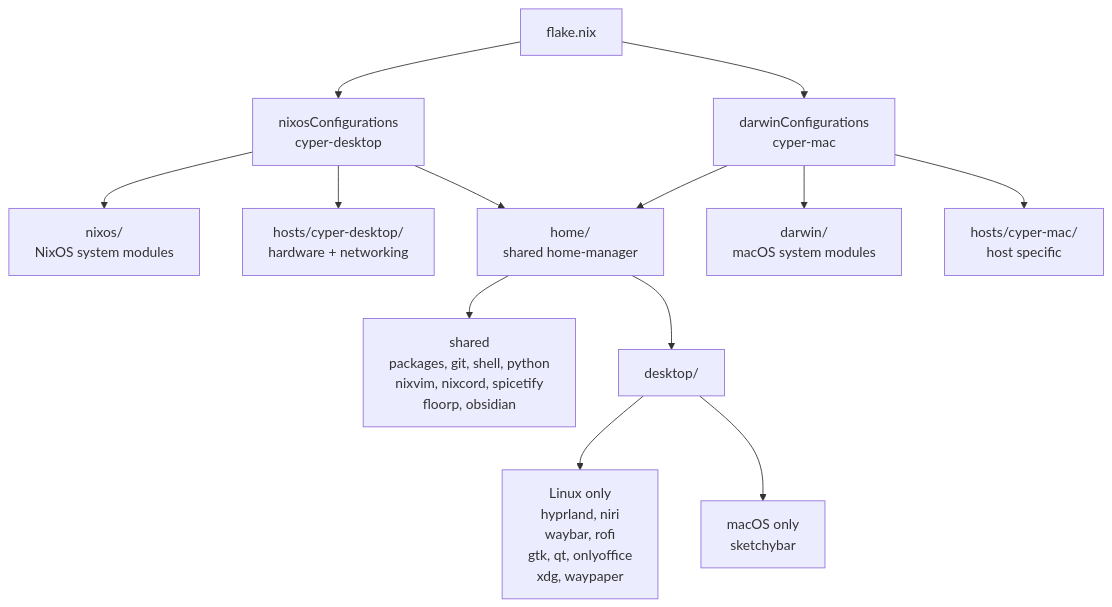
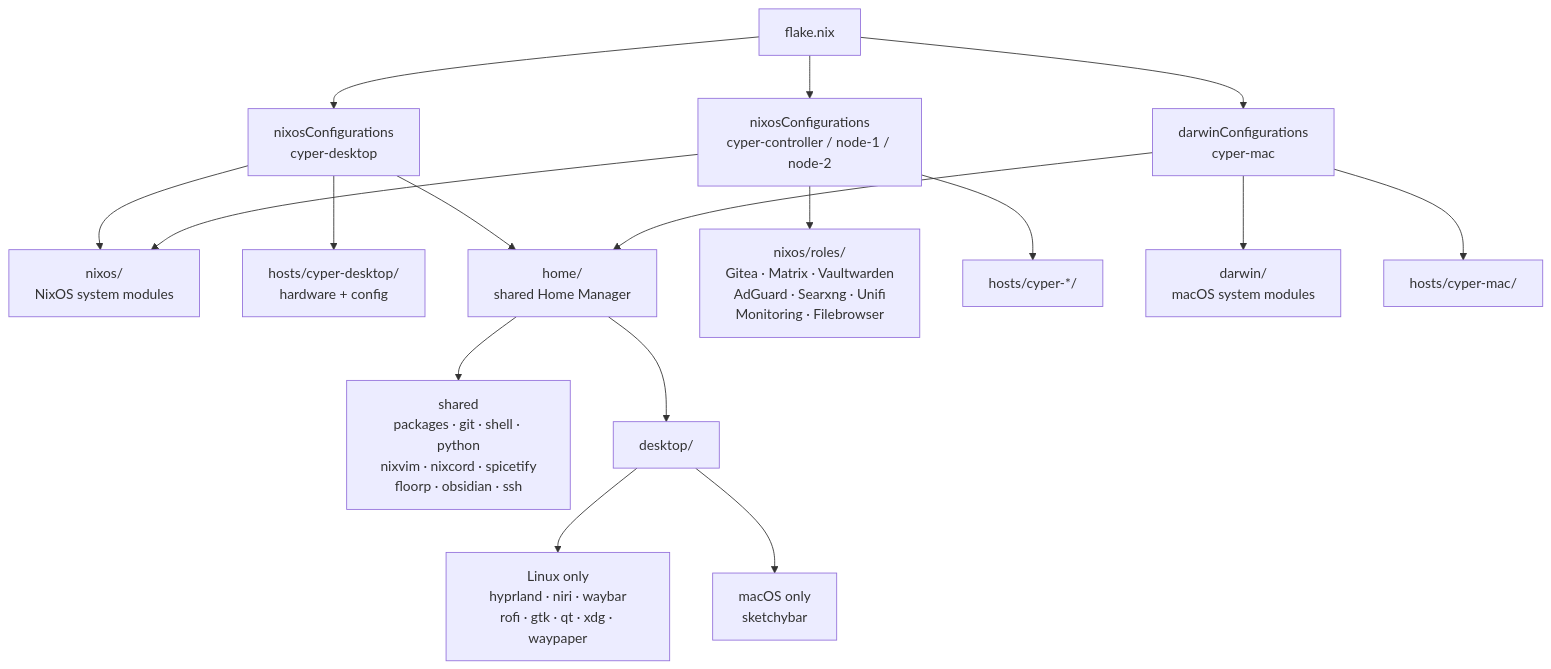
Before and after one commit to DerGrumpf/cyper-nix: the diagram in README.md, drawn with Mermaid. The commit also changed other lines of this file and 1 other file, not shown here.

````diff
--- a/README.md
+++ b/README.md
@@ -55,19 +77,23 @@
 ```mermaid
 graph TD
     flake[flake.nix] --> desktop[nixosConfigurations<br/>cyper-desktop]
+    flake --> servers[nixosConfigurations<br/>cyper-controller / node-1 / node-2]
     flake --> mac[darwinConfigurations<br/>cyper-mac]
 
     desktop --> nixos[nixos/<br/>NixOS system modules]
-    desktop --> hd[hosts/cyper-desktop/<br/>hardware + networking]
-    desktop --> home[home/<br/>shared home-manager]
+    desktop --> hd[hosts/cyper-desktop/<br/>hardware + config]
+    desktop --> home[home/<br/>shared Home Manager]
+
+    servers --> nixos
+    servers --> roles[nixos/roles/<br/>Gitea · Matrix · Vaultwarden<br/>AdGuard · Searxng · Unifi<br/>Monitoring · Filebrowser]
+    servers --> hc[hosts/cyper-*/]
 
     mac --> darwin[darwin/<br/>macOS system modules]
-    mac --> hm[hosts/cyper-mac/<br/>host specific]
+    mac --> hm[hosts/cyper-mac/]
     mac --> home
 
-    home --> shared[shared<br/>packages, git, shell, python<br/>nixvim, nixcord, spicetify<br/>floorp, obsidian]
+    home --> shared[shared<br/>packages · git · shell · python<br/>nixvim · nixcord · spicetify<br/>floorp · obsidian · ssh]
     home --> deskmod[desktop/]
-
-    deskmod --> dlinux[Linux only<br/>hyprland, niri<br/>waybar, rofi<br/>gtk, qt, onlyoffice<br/>xdg, waypaper]
+    deskmod --> dlinux[Linux only<br/>hyprland · niri · waybar<br/>rofi · gtk · qt · xdg · waypaper]
     deskmod --> dmac[macOS only<br/>sketchybar]
 ```
````
